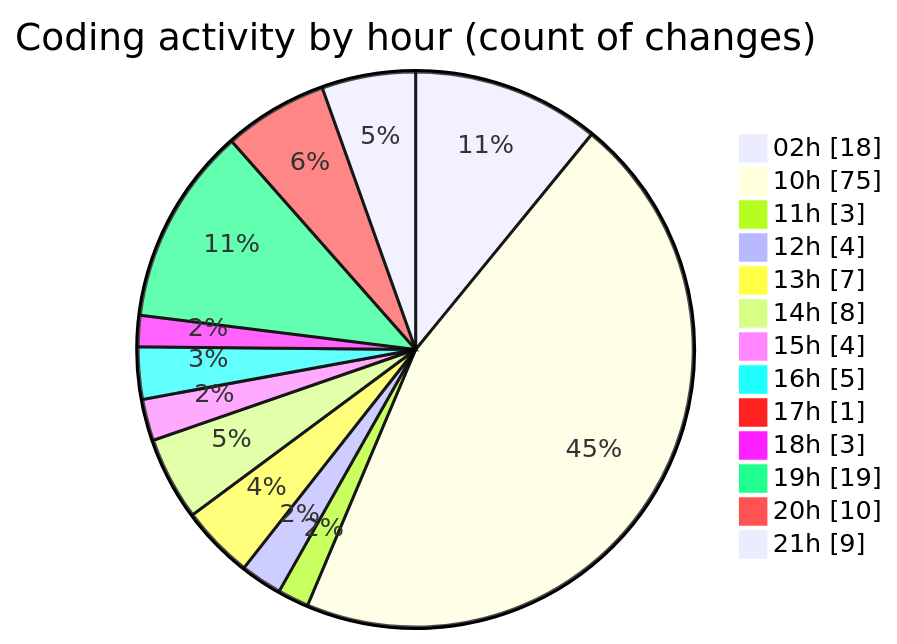
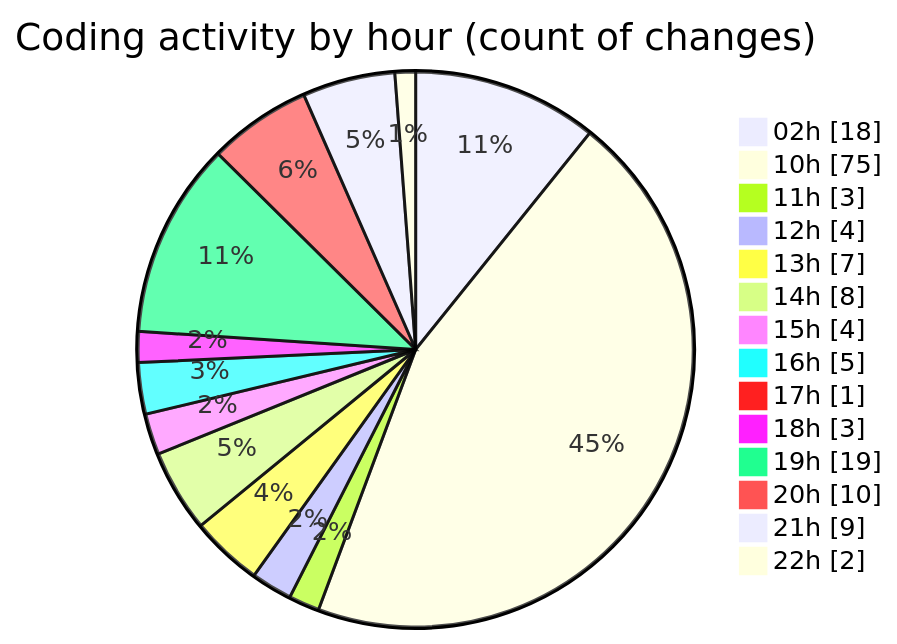
The second of 2 diagrams in 2026-07-08/twenty_versions_aminor/README.md (shibass792/code-tracking), drawn with Mermaid before and after one commit. The commit also changed other lines of this file and 1 other file, not shown here.

````diff
--- a/2026-07-08/twenty_versions_aminor/README.md
+++ b/2026-07-08/twenty_versions_aminor/README.md
@@ -61,17 +62,18 @@
 ```mermaid
 pie showData
 title Coding activity by hour (count of changes)
 "02h" : 18
 "10h" : 75
 "11h" : 3
 "12h" : 4
 "13h" : 7
 "14h" : 8
 "15h" : 4
 "16h" : 5
 "17h" : 1
 "18h" : 3
 "19h" : 19
 "20h" : 10
 "21h" : 9
+"22h" : 2
 ```
````
